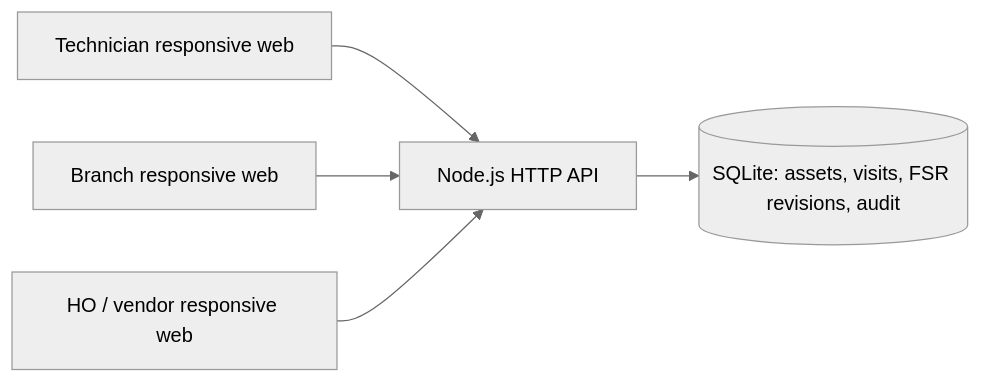
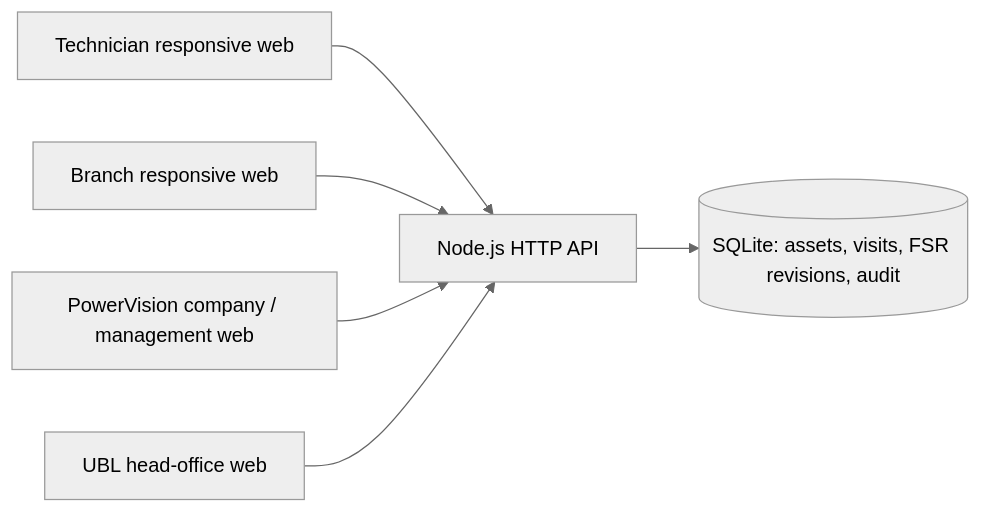
Before and after one commit to millitatechsolutions/AMC-APP: the first of 2 diagrams in docs/architecture.md, drawn with Mermaid (neutral theme). The commit also changed other lines of this file and 37 other files, not shown here.

Commit message:
Brand PowerVision workspaces and share detailed FSR reports with UBL

````diff
--- a/docs/architecture.md
+++ b/docs/architecture.md
@@ -5,7 +5,8 @@
 ```mermaid
 flowchart LR
   T[Technician responsive web] --> A[Node.js HTTP API]
   B[Branch responsive web] --> A
-  H[HO / vendor responsive web] --> A
+  H[PowerVision company / management web] --> A
+  C[UBL head-office web] --> A
   A --> D[(SQLite: assets, visits, FSR revisions, audit)]
 ```
````
